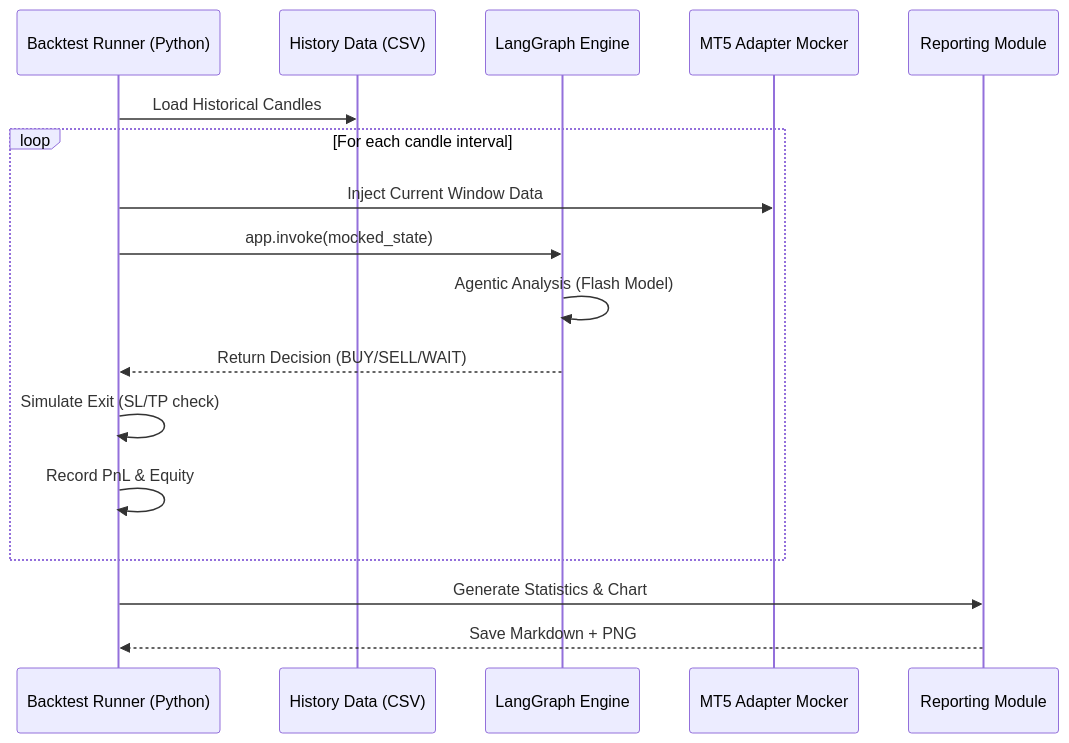
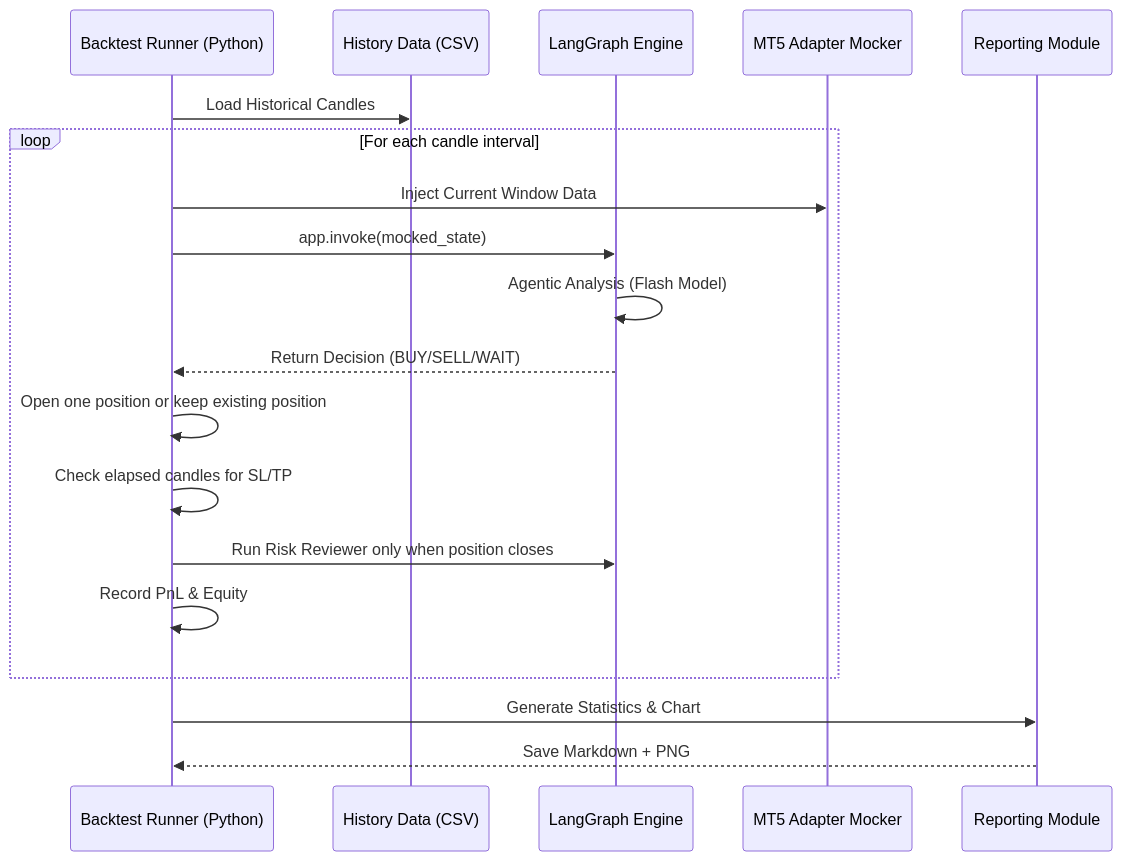
Before and after one commit to insung/agentic-trader: the second of 2 diagrams in docs/system-execution-flow.md, drawn with Mermaid. The commit also changed other lines of this file and 24 other files, not shown here.

Commit message:
Fix post-close trade review flow

````diff
--- a/docs/system-execution-flow.md
+++ b/docs/system-execution-flow.md
@@ -71,20 +75,22 @@
 ```mermaid
 sequenceDiagram
     participant Runner as Backtest Runner (Python)
     participant CSV as History Data (CSV)
     participant Graph as LangGraph Engine
     participant Mocker as MT5 Adapter Mocker
     participant Report as Reporting Module
 
     Runner->>CSV: Load Historical Candles
     loop For each candle interval
         Runner->>Mocker: Inject Current Window Data
         Runner->>Graph: app.invoke(mocked_state)
         Graph->>Graph: Agentic Analysis (Flash Model)
         Graph-->>Runner: Return Decision (BUY/SELL/WAIT)
-        Runner->>Runner: Simulate Exit (SL/TP check)
+        Runner->>Runner: Open one position or keep existing position
+        Runner->>Runner: Check elapsed candles for SL/TP
+        Runner->>Graph: Run Risk Reviewer only when position closes
         Runner->>Runner: Record PnL & Equity
     end
     Runner->>Report: Generate Statistics & Chart
     Report-->>Runner: Save Markdown + PNG
 ```
````
